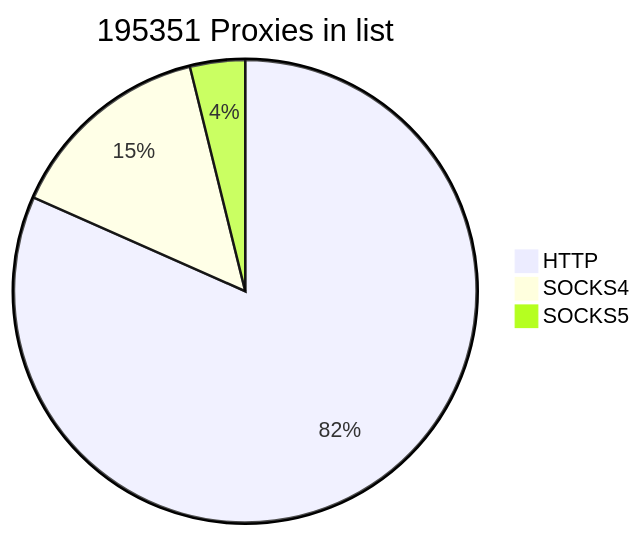
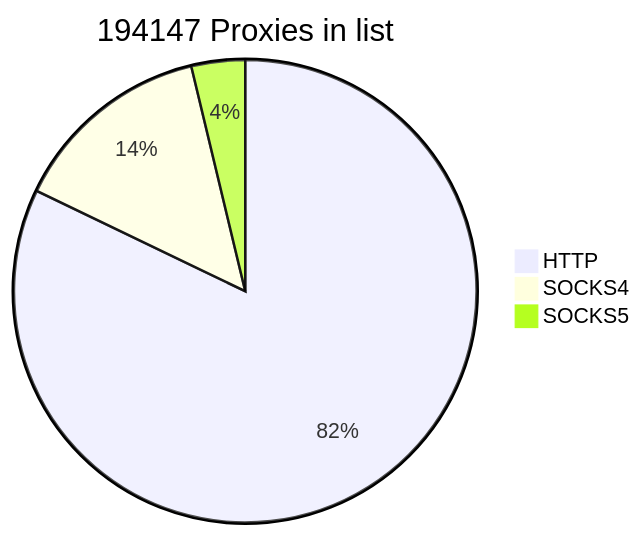
Before and after one commit to cutipu/proxylist: the first of 2 diagrams in README.md, drawn with Mermaid. The commit also changed other lines of this file, not shown here.

````diff
--- a/README.md
+++ b/README.md
@@ -2,7 +2,7 @@
 ```mermaid
-pie title 195351 Proxies in list
-    "HTTP" : 159487
-    "SOCKS4" : 28348
-    "SOCKS5" : 7516
+pie title 194147 Proxies in list
+    "HTTP" : 159465
+    "SOCKS4" : 27404
+    "SOCKS5" : 7278
             
 ```
````
